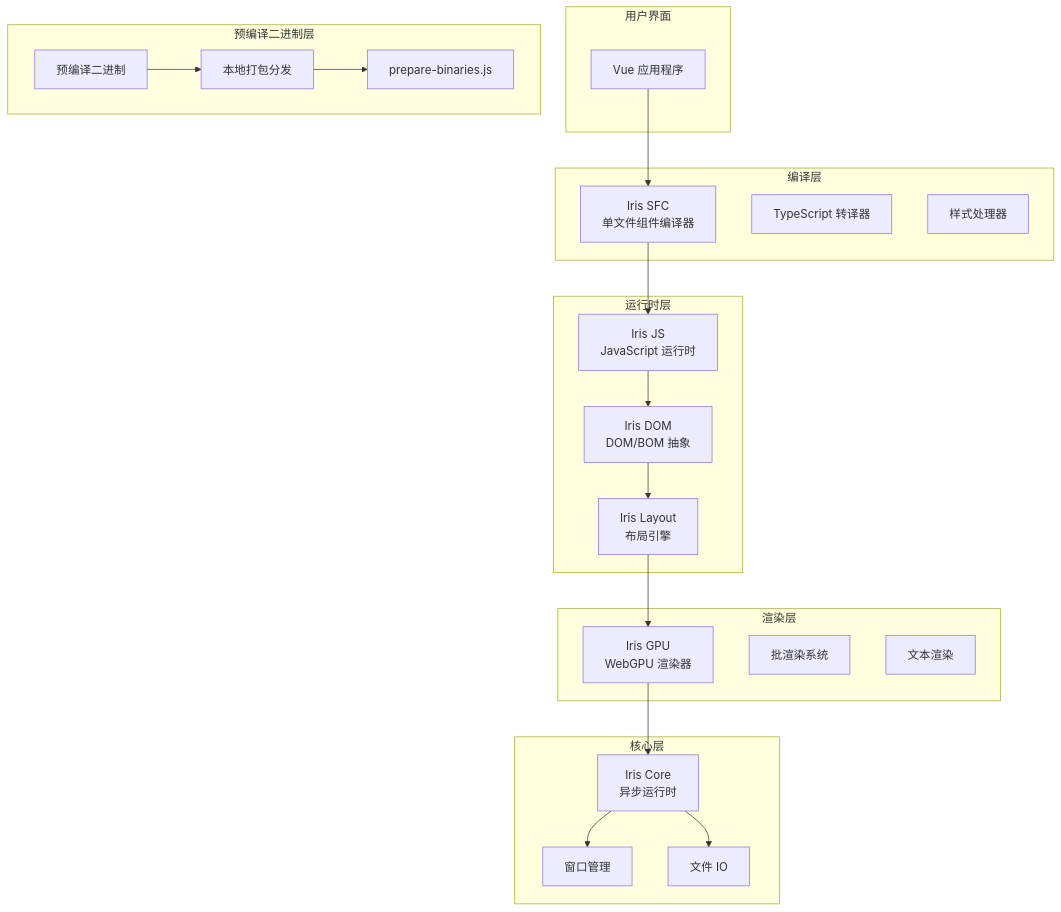
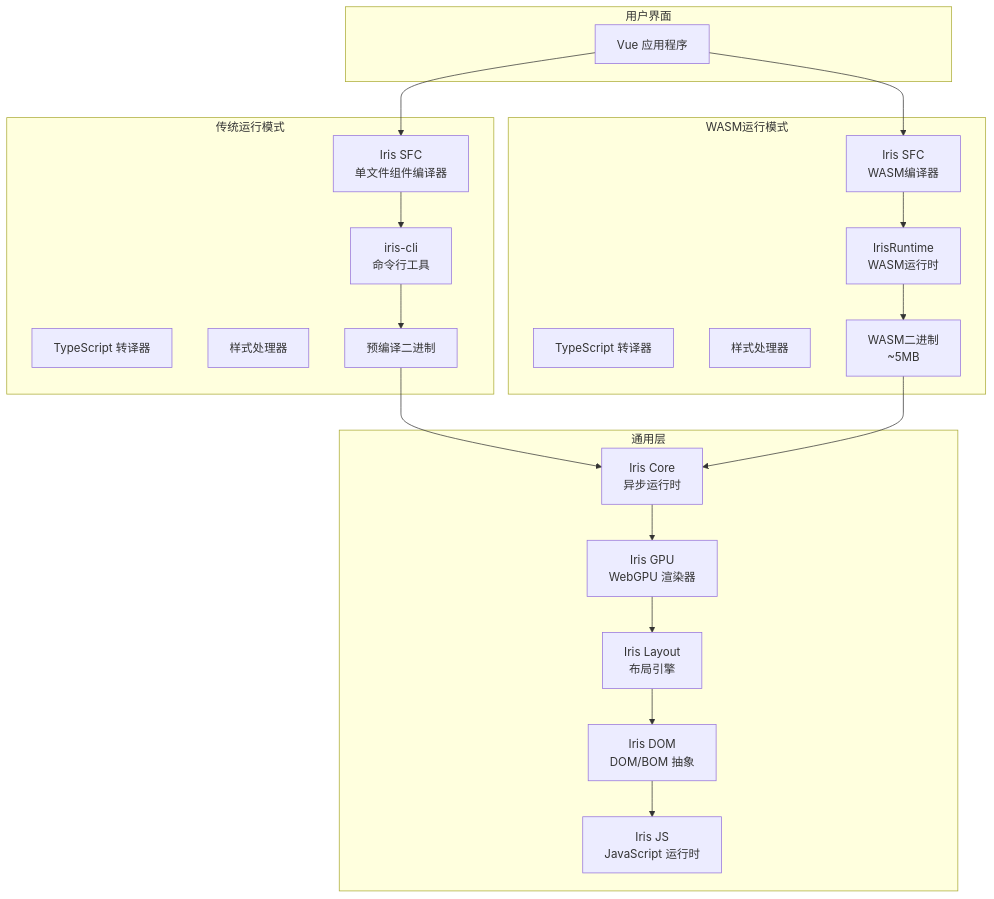
The second of 12 diagrams in .qoder/repowiki/zh/content/核心功能特性/工程化与商业化能力/Iris Runtime NPM 包.md (itszzl-sudo/iris), drawn with Mermaid before and after one commit. The commit also changed other lines of this file and 6 other files, not shown here.

First line of the commit message:
fix: 修复 iris-jetcrab 和 iris-runtime 编译错误

````diff
--- a/.qoder/repowiki/zh/content/核心功能特性/工程化与商业化能力/Iris Runtime NPM 包.md
+++ b/.qoder/repowiki/zh/content/核心功能特性/工程化与商业化能力/Iris Runtime NPM 包.md
@@ -173,41 +211,39 @@
 ```mermaid
 graph TB
 subgraph "用户界面"
 U[Vue 应用程序]
 end
-subgraph "编译层"
-SFC[Iris SFC<br/>单文件组件编译器]
-TS[TypeScript 转译器]
-CSS[样式处理器]
+subgraph "传统运行模式"
+SFC1[Iris SFC<br/>单文件组件编译器]
+TS1[TypeScript 转译器]
+CSS1[样式处理器]
+CLI1[iris-cli<br/>命令行工具]
+BIN1[预编译二进制]
 end
-subgraph "运行时层"
+subgraph "WASM运行模式"
+SFC2[Iris SFC<br/>WASM编译器]
+TS2[TypeScript 转译器]
+CSS2[样式处理器]
+CLI2[IrisRuntime<br/>WASM运行时]
+WASM[WASM二进制<br/>~5MB]
+end
+subgraph "通用层"
 JS[Iris JS<br/>JavaScript 运行时]
 DOM[Iris DOM<br/>DOM/BOM 抽象]
 LAYOUT[Iris Layout<br/>布局引擎]
+GPU[Iris GPU<br/>WebGPU 渲染器]
+CORE[Iris Core<br/>异步运行时]
 end
-subgraph "渲染层"
-GPU[Iris GPU<br/>WebGPU 渲染器]
-BATCH[批渲染系统]
-TEXT[文本渲染]
-end
-subgraph "核心层"
-CORE[Iris Core<br/>异步运行时]
-WIN[窗口管理]
-IO[文件 IO]
-end
-subgraph "预编译二进制层"
-BIN[预编译二进制]
-LOCAL[本地打包分发]
-PREPARE[prepare-binaries.js]
-end
-U --> SFC
-SFC --> JS
-JS --> DOM
-DOM --> LAYOUT
-LAYOUT --> GPU
-GPU --> CORE
-CORE --> WIN
-CORE --> IO
-BIN --> LOCAL
-LOCAL --> PREPARE
+U --> SFC1
+U --> SFC2
+SFC1 --> CLI1
+SFC2 --> CLI2
+CLI1 --> BIN1
+CLI2 --> WASM
+BIN1 --> CORE
+WASM --> CORE
+CORE --> GPU
+GPU --> LAYOUT
+LAYOUT --> DOM
+DOM --> JS
 ```
````
